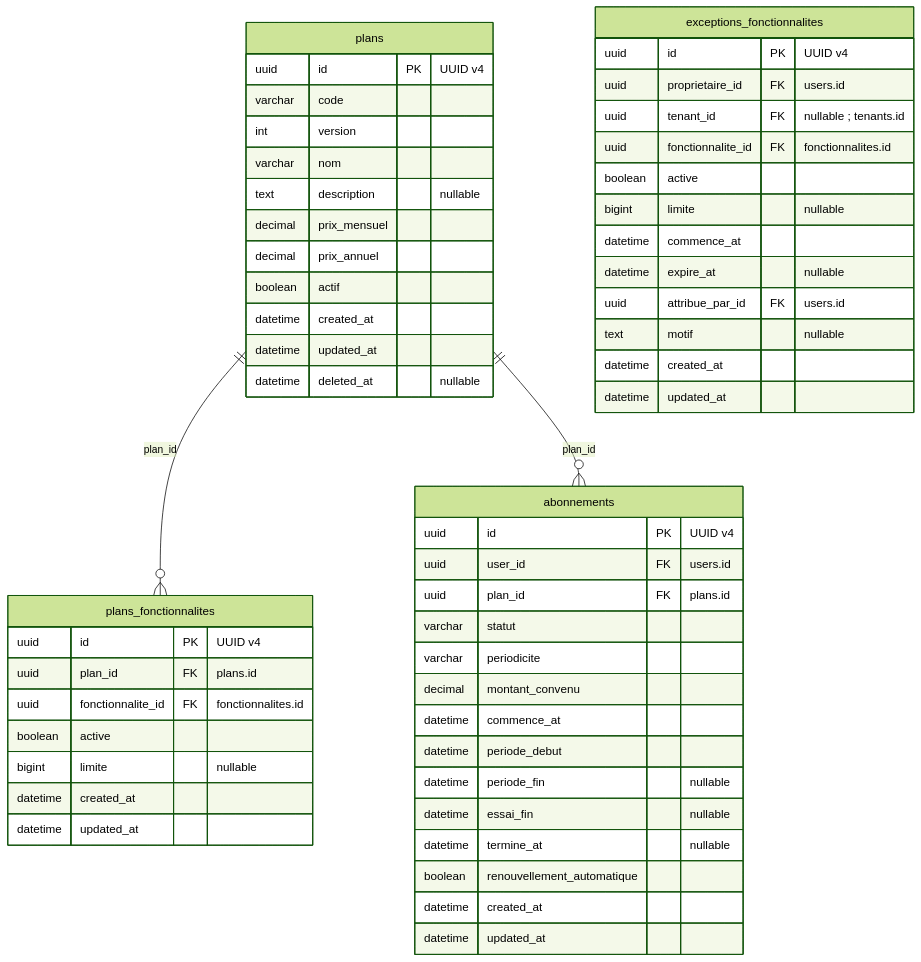
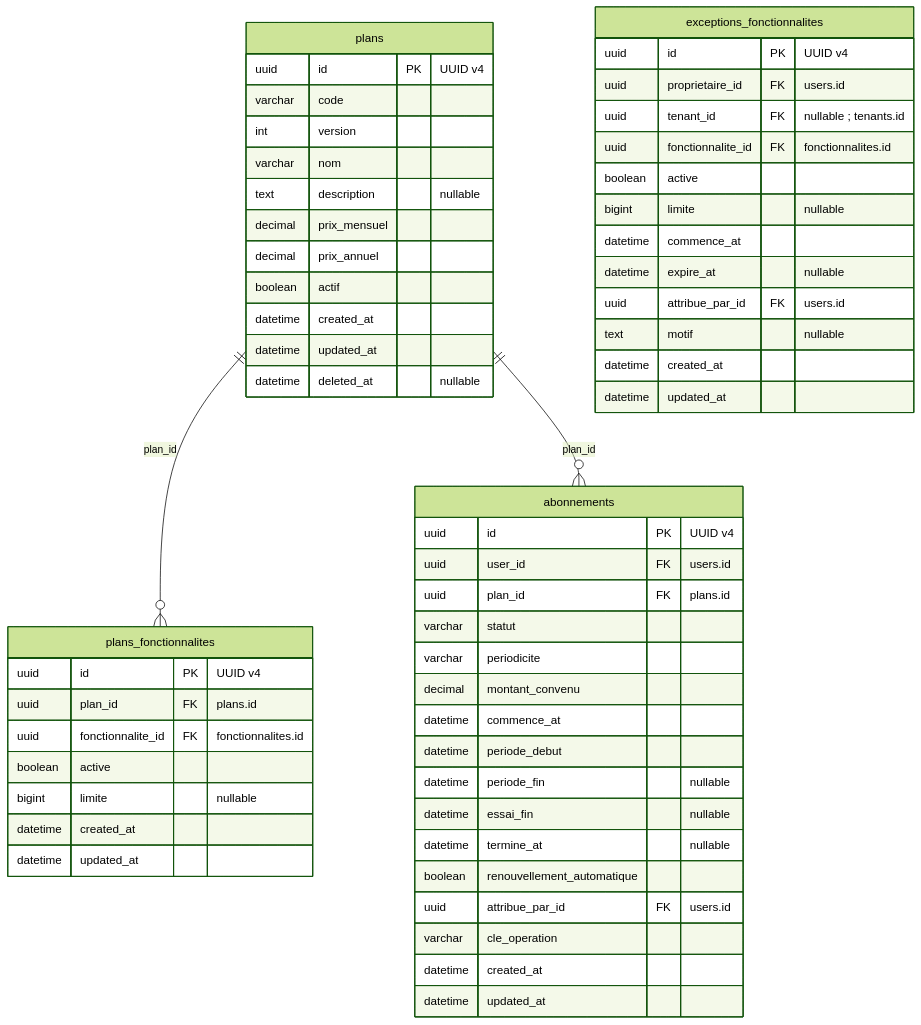
One commit to unitealfa/saas-ecom changed the fourth of 26 diagrams in Schema-BDD-SaaS-Ecommerce-UUID.md. Above: the diagram before and after it, drawn with Mermaid (forest theme). The commit also changed other lines of this file, not shown here.

````diff
--- a/Schema-BDD-SaaS-Ecommerce-UUID.md
+++ b/Schema-BDD-SaaS-Ecommerce-UUID.md
@@ -320,58 +338,60 @@
 ```mermaid
 erDiagram
     direction TB
     plans {
         uuid id PK "UUID v4"
         varchar code
         int version
         varchar nom
         text description "nullable"
         decimal prix_mensuel
         decimal prix_annuel
         boolean actif
         datetime created_at
         datetime updated_at
         datetime deleted_at "nullable"
     }
     plans_fonctionnalites {
         uuid id PK "UUID v4"
         uuid plan_id FK "plans.id"
         uuid fonctionnalite_id FK "fonctionnalites.id"
         boolean active
         bigint limite "nullable"
         datetime created_at
         datetime updated_at
     }
     abonnements {
         uuid id PK "UUID v4"
         uuid user_id FK "users.id"
         uuid plan_id FK "plans.id"
         varchar statut
         varchar periodicite
         decimal montant_convenu
         datetime commence_at
         datetime periode_debut
         datetime periode_fin "nullable"
         datetime essai_fin "nullable"
         datetime termine_at "nullable"
         boolean renouvellement_automatique
+        uuid attribue_par_id FK "users.id"
+        varchar cle_operation
         datetime created_at
         datetime updated_at
     }
     exceptions_fonctionnalites {
         uuid id PK "UUID v4"
         uuid proprietaire_id FK "users.id"
         uuid tenant_id FK "nullable ; tenants.id"
         uuid fonctionnalite_id FK "fonctionnalites.id"
         boolean active
         bigint limite "nullable"
         datetime commence_at
         datetime expire_at "nullable"
         uuid attribue_par_id FK "users.id"
         text motif "nullable"
         datetime created_at
         datetime updated_at
     }
     plans ||--o{ plans_fonctionnalites : plan_id
     plans ||--o{ abonnements : plan_id
 ```
````
